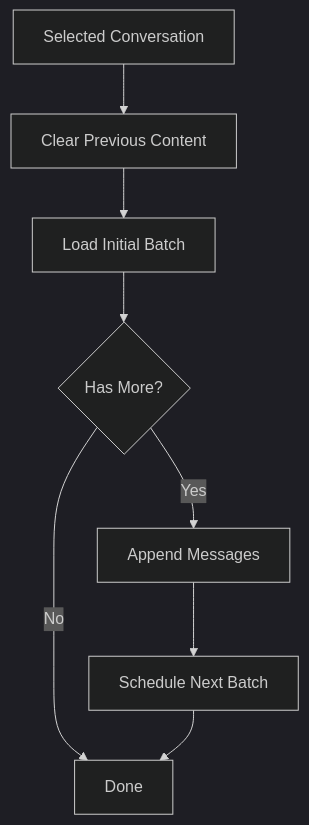
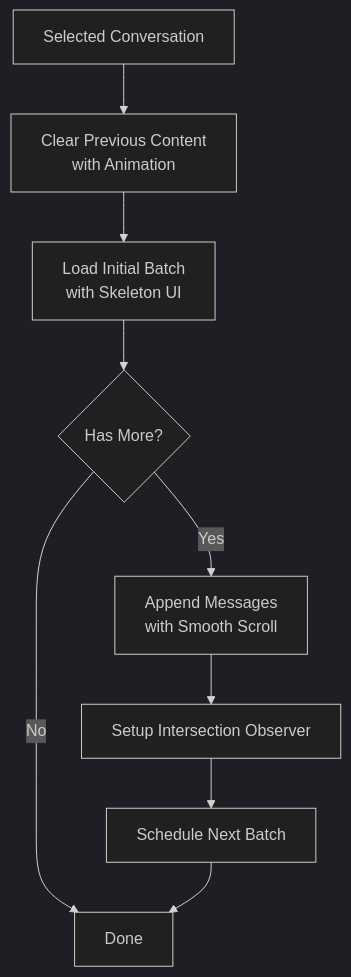
Before and after one commit to zuohaisu/wecom-archive: the seventh of 15 diagrams in .qoder/repowiki/en/content/Web Application/Client-Side Architecture.md, drawn with Mermaid (dark theme). The commit also changed other lines of this file and 95 other files, not shown here.

````diff
--- a/.qoder/repowiki/en/content/Web Application/Client-Side Architecture.md
+++ b/.qoder/repowiki/en/content/Web Application/Client-Side Architecture.md
@@ -297,10 +344,11 @@
 ```mermaid
 flowchart TD
-Sel["Selected Conversation"] --> Clear["Clear Previous Content"]
-Clear --> LoadBatch["Load Initial Batch"]
+Sel["Selected Conversation"] --> Clear["Clear Previous Content<br/>with Animation"]
+Clear --> LoadBatch["Load Initial Batch<br/>with Skeleton UI"]
 LoadBatch --> HasMore{"Has More?"}
-HasMore --> |Yes| Append["Append Messages"]
-Append --> ScheduleNext["Schedule Next Batch"]
+HasMore --> |Yes| Append["Append Messages<br/>with Smooth Scroll"]
+Append --> Observe["Setup Intersection Observer"]
+Observe --> ScheduleNext["Schedule Next Batch"]
 HasMore --> |No| Done["Done"]
 ScheduleNext --> Done
 ```
````
